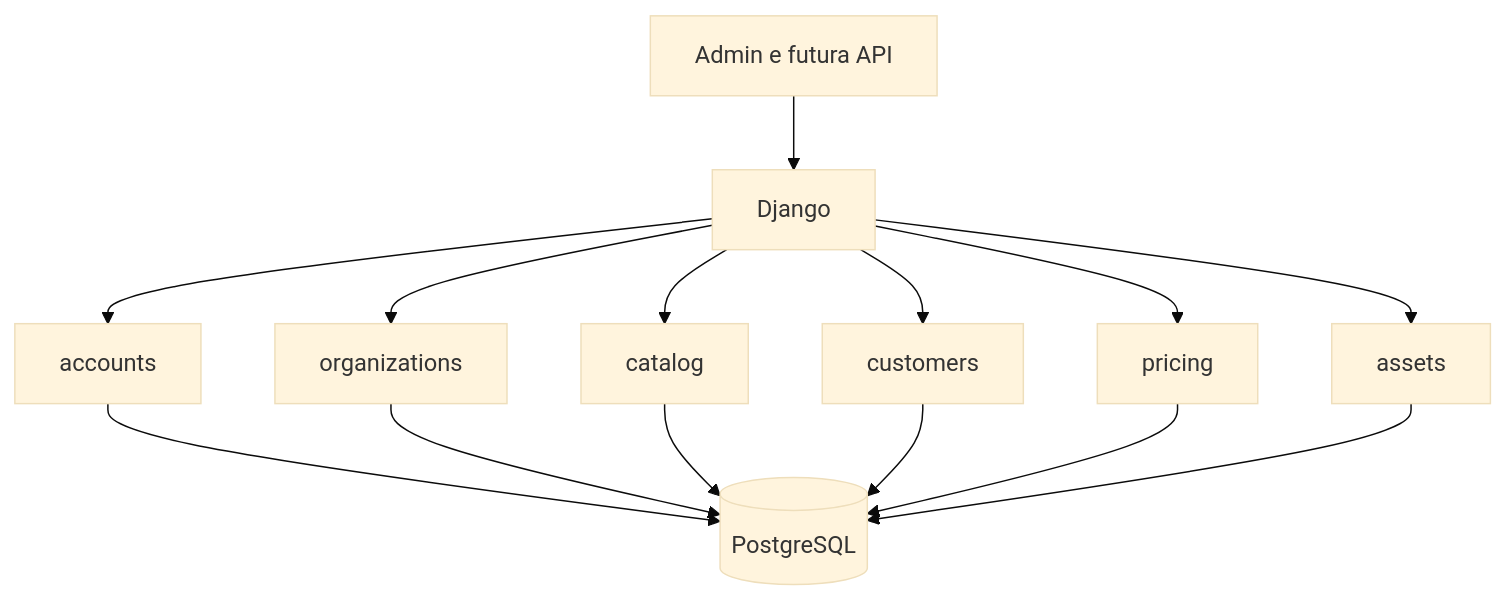
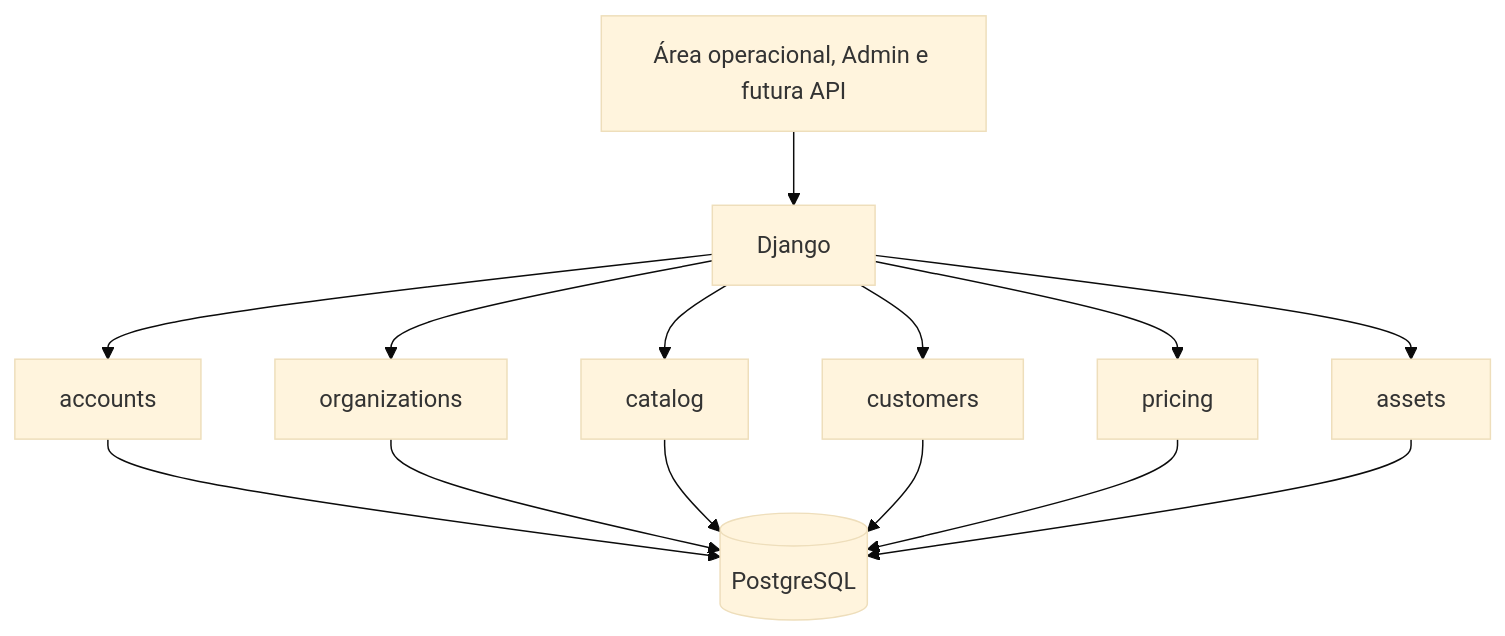
The diagram in docs/architecture.md (ViniciusSilva97/rental-platform), drawn with Mermaid (base theme) before and after one commit. The commit also changed other lines of this file and 20 other files, not shown here.

````diff
--- a/docs/architecture.md
+++ b/docs/architecture.md
@@ -10,16 +10,16 @@
 ```mermaid
 flowchart TD
-    UI["Admin e futura API"] --> APP["Django"]
+    UI["Área operacional, Admin e futura API"] --> APP["Django"]
     APP --> ACC["accounts"]
     APP --> ORG["organizations"]
     APP --> CAT["catalog"]
     APP --> CUS["customers"]
     APP --> PRI["pricing"]
     APP --> AST["assets"]
     ACC --> DB[("PostgreSQL")]
     ORG --> DB
     CAT --> DB
     CUS --> DB
     PRI --> DB
     AST --> DB
 ```
````
